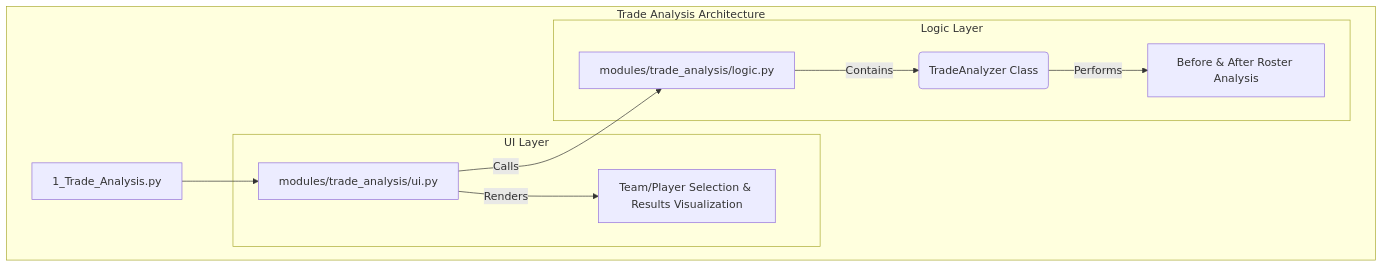
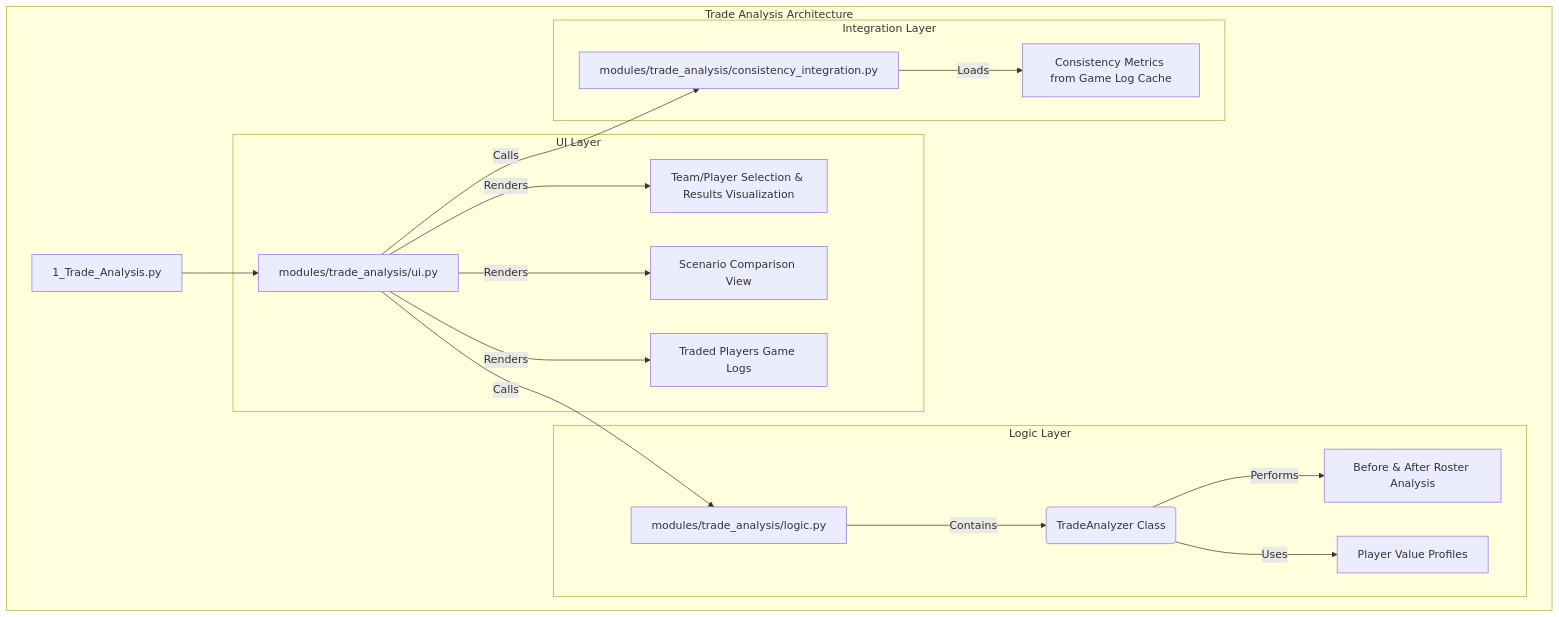
The diagram in CascadeProjects/windsurf-project/fantasy-trade-analyzer/plan/deep_dive/180_Feature_Deep_Dive_-_Trade_Analysis.md (lwackahg/Fantasy-Project), drawn with Mermaid before and after one commit. The commit also changed other lines of this file and 197 other files, not shown here.

````diff
--- a/CascadeProjects/windsurf-project/fantasy-trade-analyzer/plan/deep_dive/180_Feature_Deep_Dive_-_Trade_Analysis.md
+++ b/CascadeProjects/windsurf-project/fantasy-trade-analyzer/plan/deep_dive/180_Feature_Deep_Dive_-_Trade_Analysis.md
@@ -15,16 +24,24 @@
 ```mermaid
 graph TD
     subgraph "Trade Analysis Architecture"
         A[1_Trade_Analysis.py] --> B[modules/trade_analysis/ui.py];
         B -- Calls --> C[modules/trade_analysis/logic.py];
+        B -- Calls --> D[modules/trade_analysis/consistency_integration.py];
 
         subgraph "UI Layer"
-            B -- Renders --> D[Team/Player Selection & Results Visualization];
+            B -- Renders --> E[Team/Player Selection & Results Visualization];
+            B -- Renders --> F[Scenario Comparison View];
+            B -- Renders --> G[Traded Players Game Logs];
         end
 
         subgraph "Logic Layer"
-            C -- Contains --> E(TradeAnalyzer Class);
-            E -- Performs --> F[Before & After Roster Analysis];
+            C -- Contains --> H(TradeAnalyzer Class);
+            H -- Performs --> I[Before & After Roster Analysis];
+            H -- Uses --> J[Player Value Profiles];
+        end
+
+        subgraph "Integration Layer"
+            D -- Loads --> K[Consistency Metrics from Game Log Cache];
         end
     end
 ```
````
